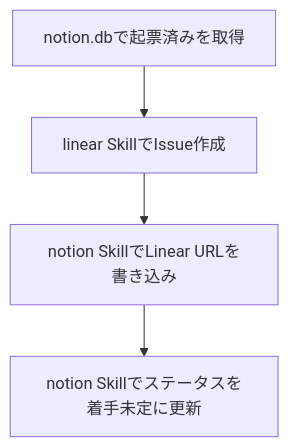
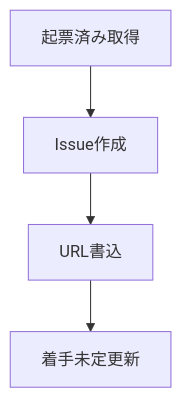
Before and after one commit to ac-nakamura-y/.claude: the diagram in skills/notion2linear/SKILL.md, drawn with Mermaid. The commit also changed other lines of this file, not shown here.

First line of the commit message:
Rewrite notion2linear SKILL.md for markdown and readability.

````diff
--- a/skills/notion2linear/SKILL.md
+++ b/skills/notion2linear/SKILL.md
@@ -36,6 +41,6 @@
 ```mermaid
 flowchart TD
-  readDb[notion.dbで起票済みを取得] --> createLinear[linear SkillでIssue作成]
-  createLinear --> writeLinear[notion SkillでLinear URLを書き込み]
-  writeLinear --> writeStatus[notion Skillでステータスを着手未定に更新]
+  readDb[起票済み取得] --> createLinear[Issue作成]
+  createLinear --> writeLinear[URL書込]
+  writeLinear --> writeStatus[着手未定更新]
 ```
````
